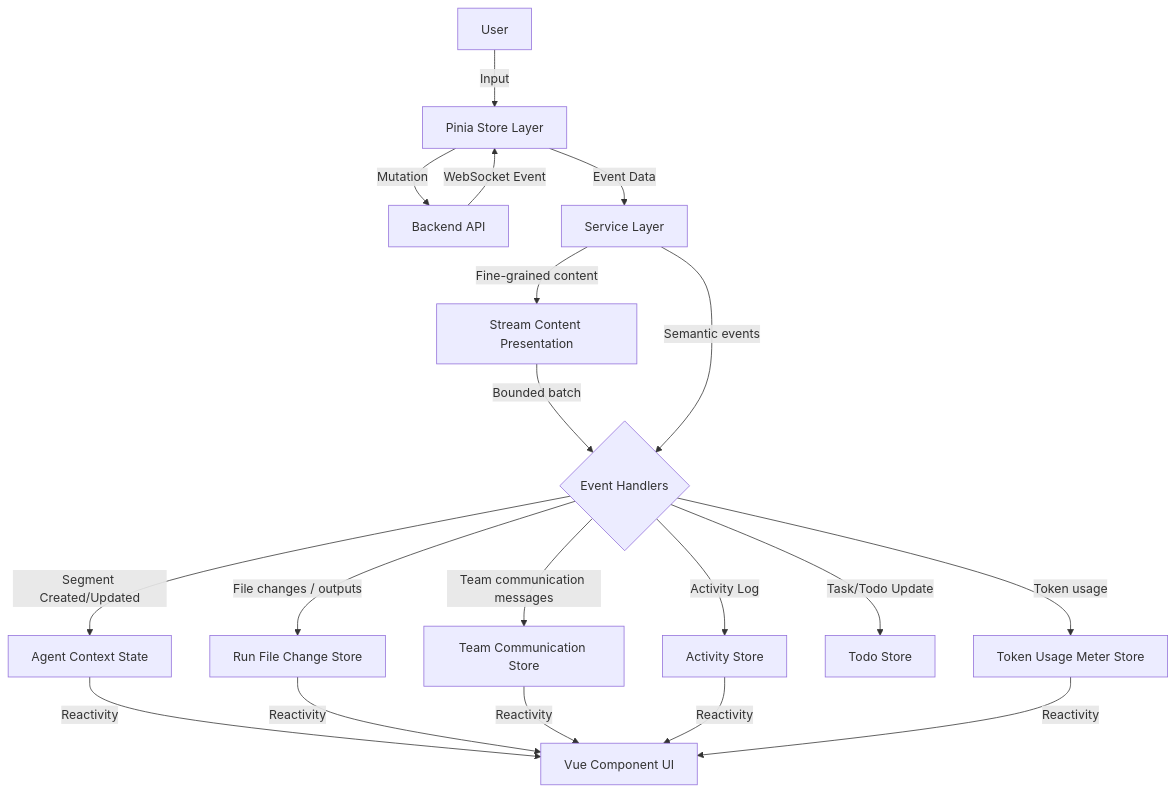
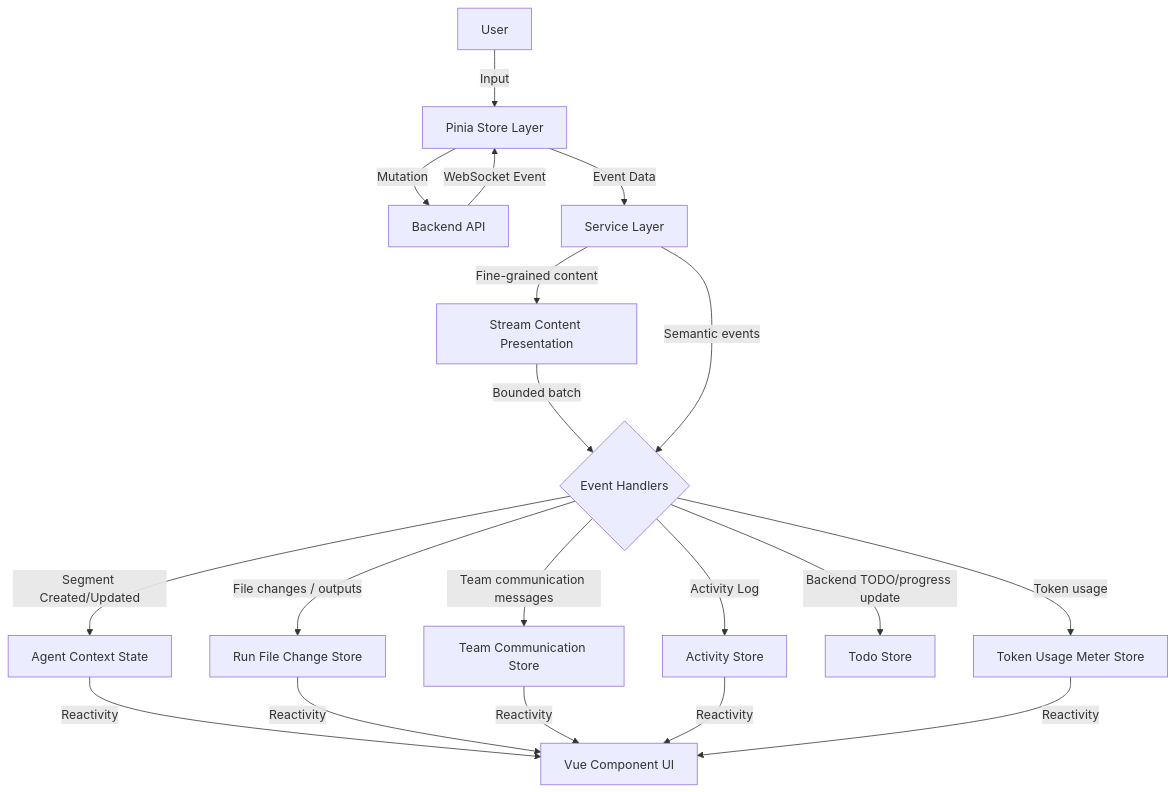
One commit to AutoByteus/autobyteus-workspace changed the diagram in autobyteus-web/docs/agent_execution_architecture.md. Above: the diagram before and after it, drawn with Mermaid. The commit also changed other lines of this file and 40 other files, not shown here.

````diff
--- a/autobyteus-web/docs/agent_execution_architecture.md
+++ b/autobyteus-web/docs/agent_execution_architecture.md
@@ -15,24 +15,24 @@
 ```mermaid
 graph TD
     User-->|Input| Store[Pinia Store Layer]
     Store-->|Mutation| Backend[Backend API]
     Backend-->|WebSocket Event| Store
     Store-->|Event Data| Service[Service Layer]
 
     Service-->|Fine-grained content| Presentation[Stream Content Presentation]
     Presentation-->|Bounded batch| Handler{Event Handlers}
     Service-->|Semantic events| Handler
 
     Handler-->|Segment Created/Updated| Context[Agent Context State]
     Handler-->|File changes / outputs| RunFileChangeStore[Run File Change Store]
     Handler-->|Team communication messages| TeamCommunicationStore[Team Communication Store]
     Handler-->|Activity Log| ActivityStore[Activity Store]
-    Handler-->|Task/Todo Update| TodoStore[Todo Store]
+    Handler-->|Backend TODO/progress update| TodoStore[Todo Store]
     Handler-->|Token usage| UsageMeterStore[Token Usage Meter Store]
 
     Context-->|Reactivity| UI[Vue Component UI]
     RunFileChangeStore-->|Reactivity| UI
     TeamCommunicationStore-->|Reactivity| UI
     ActivityStore-->|Reactivity| UI
     UsageMeterStore-->|Reactivity| UI
 ```
````
